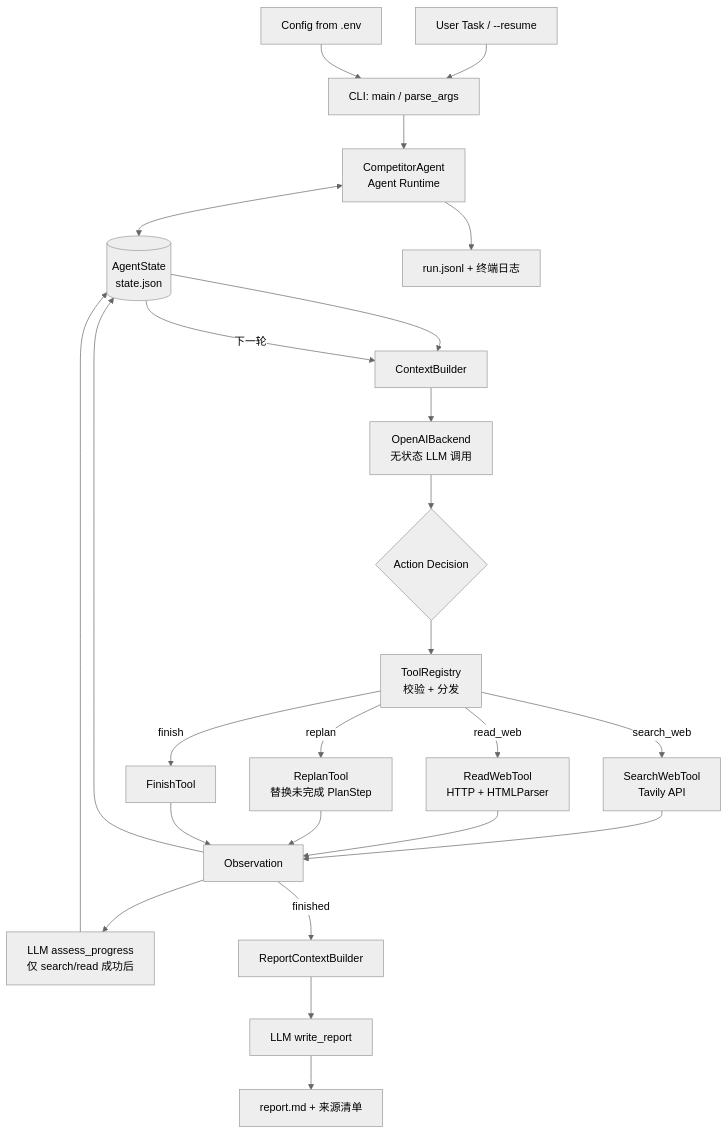
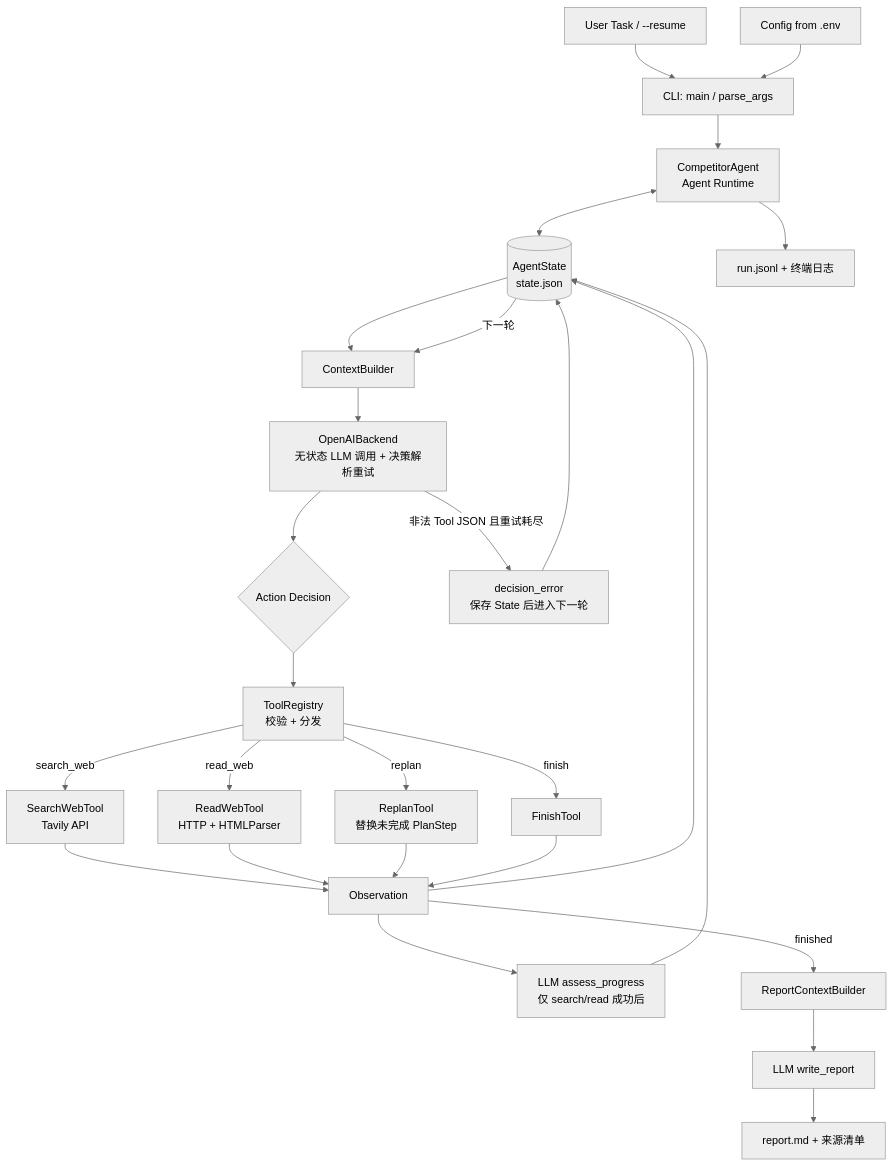
One commit to chiye0916/agent-competitor changed the first of 3 diagrams in docs/ARCHITECTURE.md. Above: the diagram before and after it, drawn with Mermaid (neutral theme). The commit also changed other lines of this file and 11 other files, not shown here.

````diff
--- a/docs/ARCHITECTURE.md
+++ b/docs/ARCHITECTURE.md
@@ -9,27 +9,29 @@
 ```mermaid
 flowchart TD
     U[User Task / --resume] --> CLI[CLI: main / parse_args]
     CFG[Config from .env] --> CLI
     CLI --> A[CompetitorAgent<br/>Agent Runtime]
     A <--> S[(AgentState<br/>state.json)]
     S --> C[ContextBuilder]
-    C --> L[OpenAIBackend<br/>无状态 LLM 调用]
+    C --> L[OpenAIBackend<br/>无状态 LLM 调用 + 决策解析重试]
     L --> D{Action Decision}
+    L -->|非法 Tool JSON 且重试耗尽| DE[decision_error<br/>保存 State 后进入下一轮]
+    DE --> S
     D --> TR[ToolRegistry<br/>校验 + 分发]
     TR -->|search_web| SW[SearchWebTool<br/>Tavily API]
     TR -->|read_web| RW[ReadWebTool<br/>HTTP + HTMLParser]
     TR -->|replan| RP[ReplanTool<br/>替换未完成 PlanStep]
     TR -->|finish| FN[FinishTool]
     SW --> O[Observation]
     RW --> O
     RP --> O
     FN --> O
     O --> PA[LLM assess_progress<br/>仅 search/read 成功后]
     PA --> S
     O --> S
     S -->|下一轮| C
     O -->|finished| RC[ReportContextBuilder]
     RC --> WR[LLM write_report]
     WR --> R[report.md + 来源清单]
     A --> J[run.jsonl + 终端日志]
 ```
````
